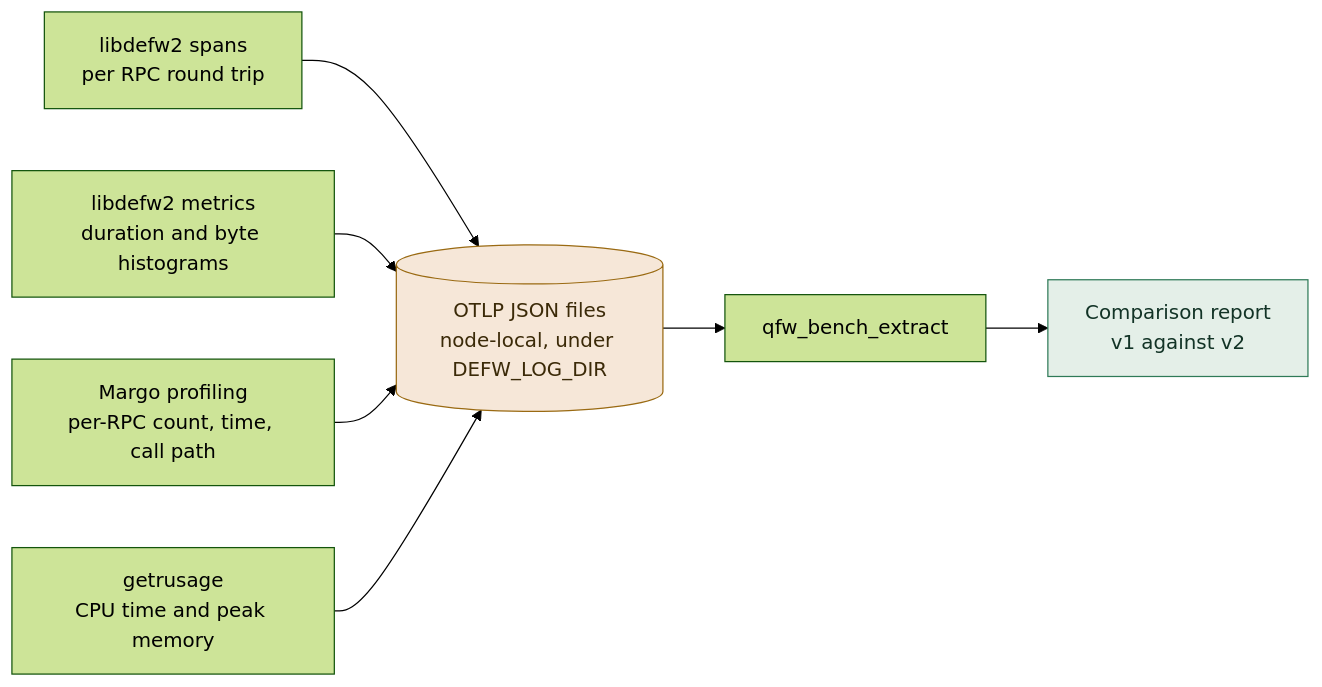
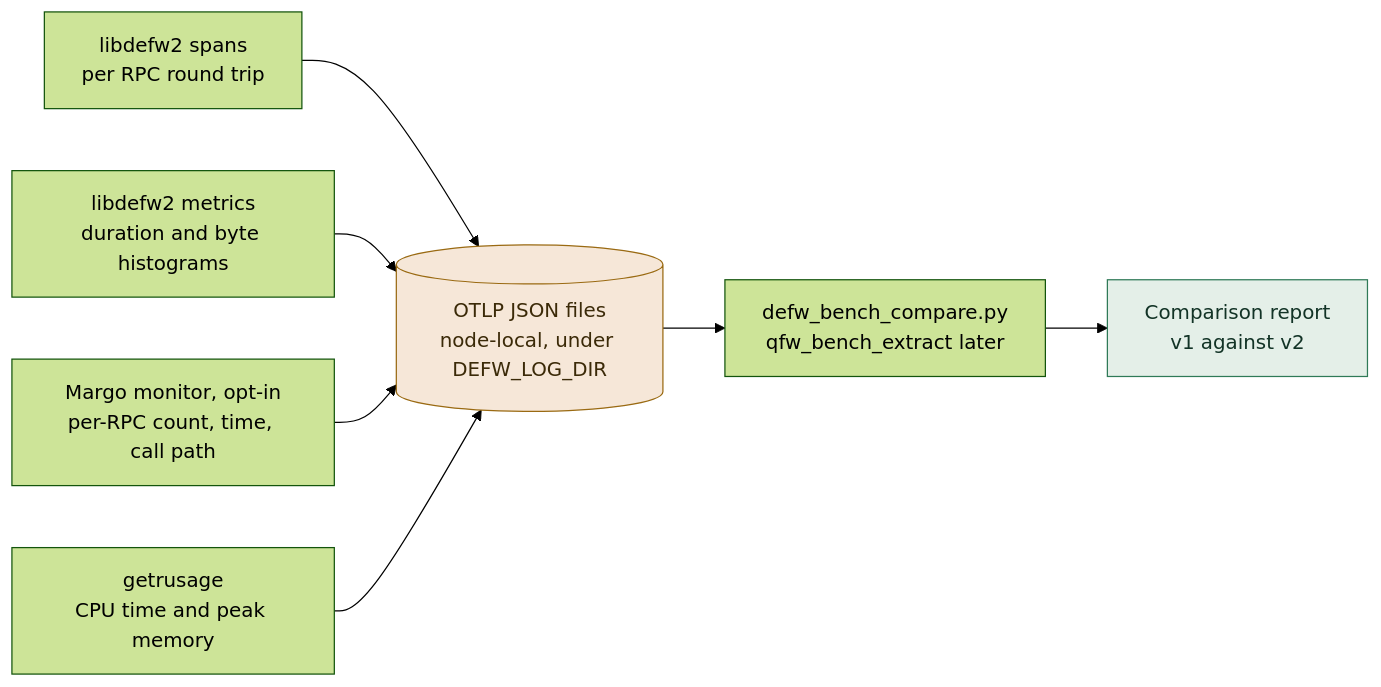
Before and after one commit to openQSE/DEFw: the eighth of 9 diagrams in docs/design_v2.md, drawn with Mermaid (forest theme). The commit also changed other lines of this file, not shown here.

First line of the commit message:
DEFw v2: say how Margo 0.24 profiles, and what makes the comparison

````diff
--- a/docs/design_v2.md
+++ b/docs/design_v2.md
@@ -1053,21 +1064,21 @@
 ```mermaid
 flowchart LR
     A["libdefw2 spans<br/>per RPC round trip"]
     B["libdefw2 metrics<br/>duration and byte histograms"]
-    M["Margo profiling<br/>per-RPC count, time, call path"]
+    M["Margo monitor, opt-in<br/>per-RPC count, time, call path"]
     R["getrusage<br/>CPU time and peak memory"]
     F[("OTLP JSON files<br/>node-local, under DEFW_LOG_DIR")]
-    X["qfw_bench_extract"]
+    X["defw_bench_compare.py<br/>qfw_bench_extract later"]
     Rep["Comparison report<br/>v1 against v2"]
 
     A --> F
     B --> F
     M --> F
     R --> F
     F --> X --> Rep
 
     classDef sink fill:#f6e7d8,stroke:#9a6a12,color:#3b2a08
     classDef out fill:#e4efe8,stroke:#2f7a57,color:#123326
     class F sink
     class Rep out
 ```
````
